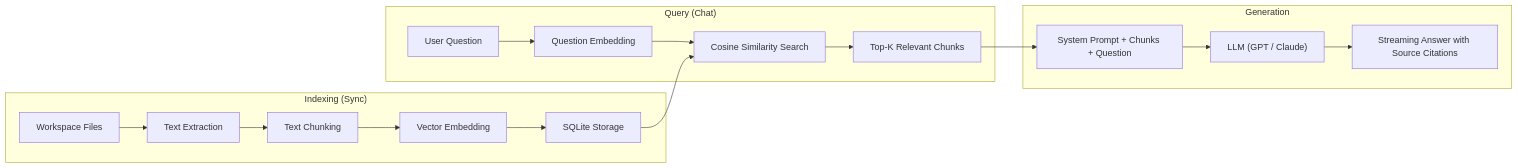
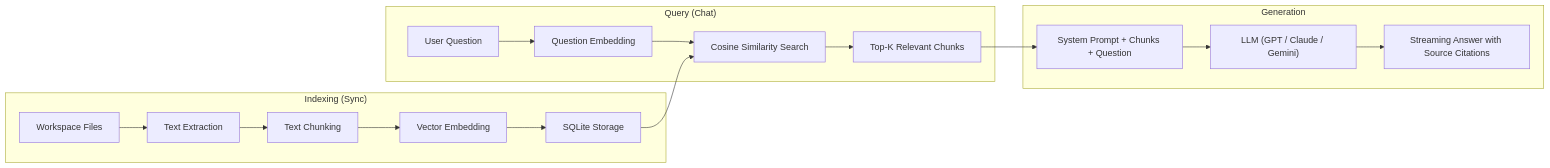
The second of 2 diagrams in docs/getting-started/overview.md (Anonym0x/InnoClaw), drawn with Mermaid before and after one commit. The commit also changed other lines of this file and 8 other files, not shown here.

````diff
--- a/docs/getting-started/overview.md
+++ b/docs/getting-started/overview.md
@@ -80,22 +99,22 @@
 ```{mermaid}
 flowchart LR
     subgraph Index["Indexing (Sync)"]
         Files["Workspace Files"] --> Extract["Text Extraction"]
         Extract --> Chunk["Text Chunking"]
         Chunk --> Embedding["Vector Embedding"]
         Embedding --> Store["SQLite Storage"]
     end
 
     subgraph Query["Query (Chat)"]
         Question["User Question"] --> QEmbed["Question Embedding"]
         QEmbed --> Search["Cosine Similarity Search"]
         Store --> Search
         Search --> TopK["Top-K Relevant Chunks"]
     end
 
     subgraph Generate["Generation"]
         TopK --> Prompt["System Prompt + Chunks + Question"]
-        Prompt --> LLM["LLM (GPT / Claude)"]
+        Prompt --> LLM["LLM (GPT / Claude / Gemini)"]
         LLM --> Answer["Streaming Answer with Source Citations"]
     end
 ```
````
